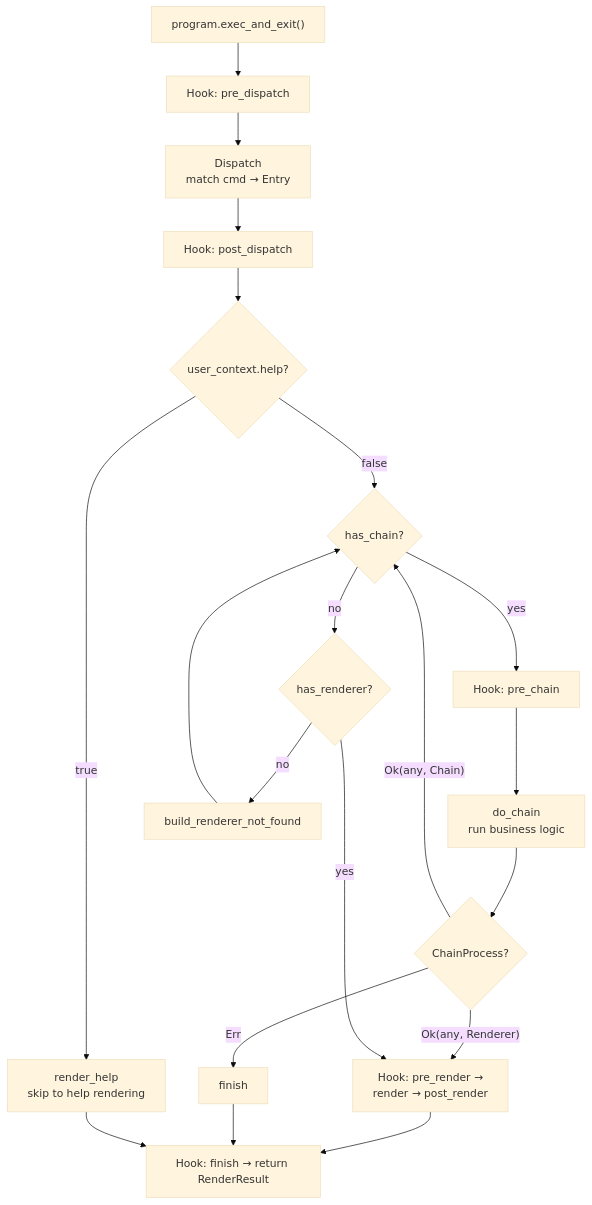
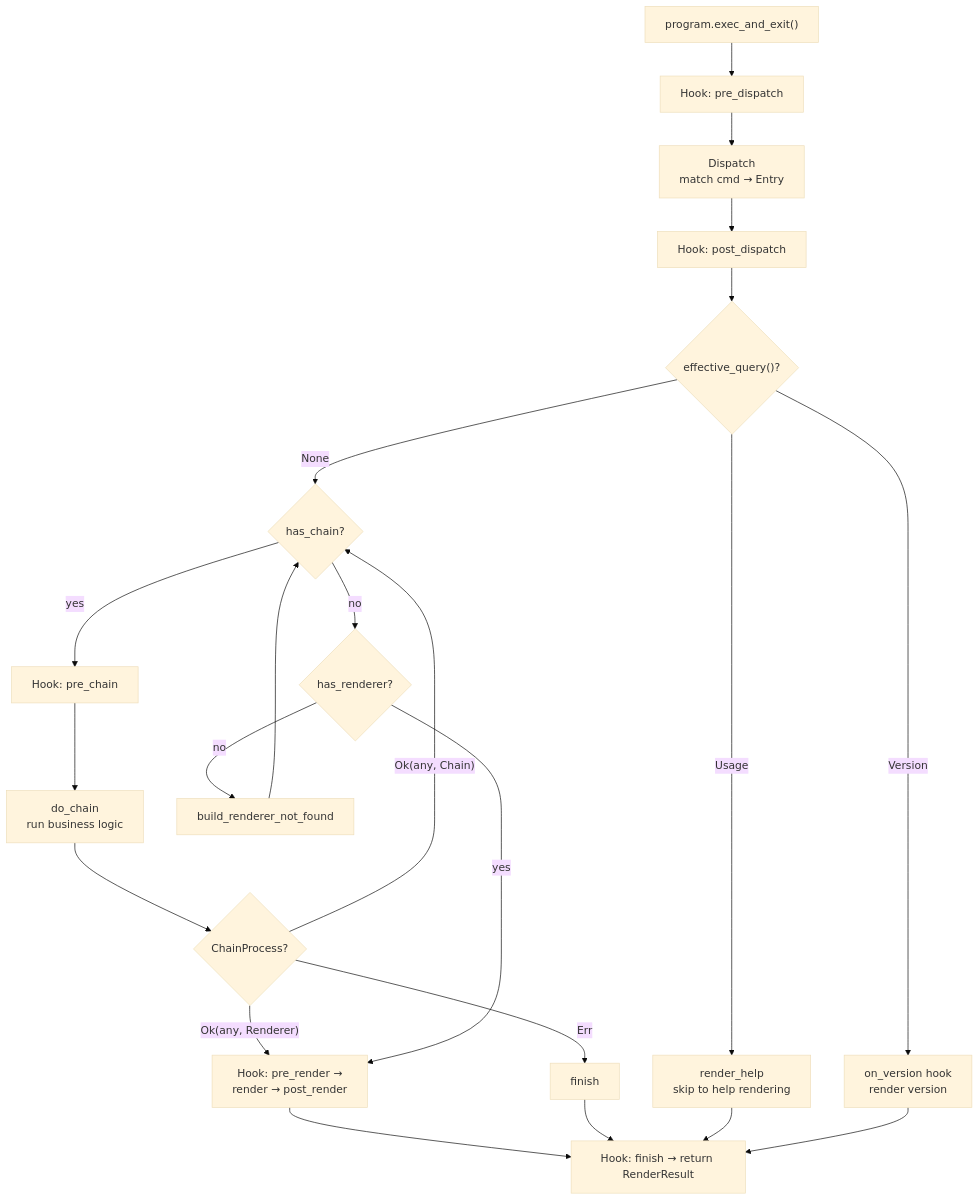
The first of 3 diagrams in docs/pages/concepts/1-the-pipeline.md (mingling-rs/mingling), drawn with Mermaid (base theme) before and after one commit. The commit also changed other lines of this file and 24 other files, not shown here.

First line of the commit message:
feat(setup)!: add version/verbose flags and query mode

````diff
--- a/docs/pages/concepts/1-the-pipeline.md
+++ b/docs/pages/concepts/1-the-pipeline.md
@@ -10,22 +10,24 @@
 ```mermaid
 graph TD
     A["program.exec_and_exit()"] --> B["Hook: pre_dispatch"]
     B --> C["Dispatch<br/>match cmd → Entry"]
     C --> D["Hook: post_dispatch"]
-    D --> E{"user_context.help?"}
-    E -->|"true"| F["render_help<br/>skip to help rendering"]
-    E -->|"false"| G{"has_chain?"}
+    D --> E{"effective_query()?"}
+    E -->|"Usage"| F["render_help<br/>skip to help rendering"]
+    E -->|"Version"| F2["on_version hook<br/>render version"]
+    E -->|"None"| G{"has_chain?"}
     G -->|"yes"| H["Hook: pre_chain"]
     H --> I["do_chain<br/>run business logic"]
     I --> J{"ChainProcess?"}
     J -->|"Ok(any, Renderer)"| K["Hook: pre_render →<br/>render → post_render"]
     J -->|"Ok(any, Chain)"| G
     J -->|"Err"| L["finish"]
     G -->|"no"| M{"has_renderer?"}
     M -->|"yes"| K
     M -->|"no"| N["build_renderer_not_found"]
     N --> G
     K --> O["Hook: finish → return RenderResult"]
     L --> O
     F --> O
+    F2 --> O
 ```
````
